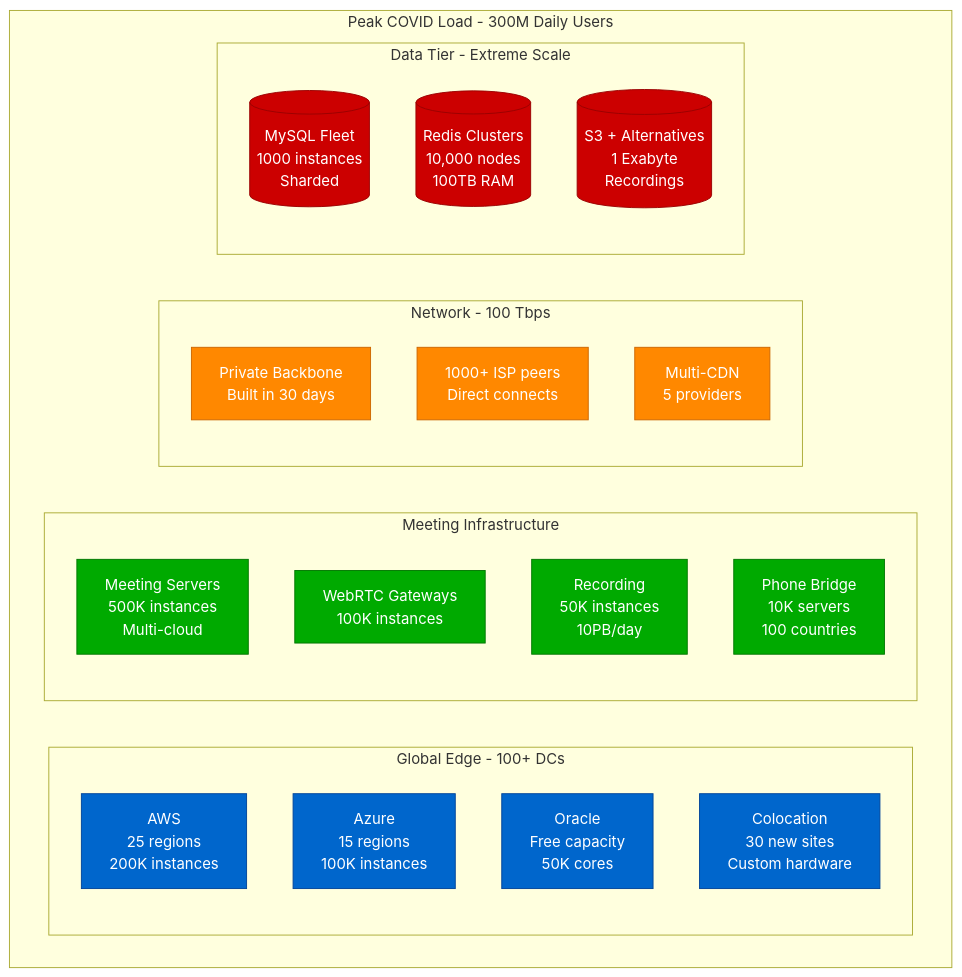
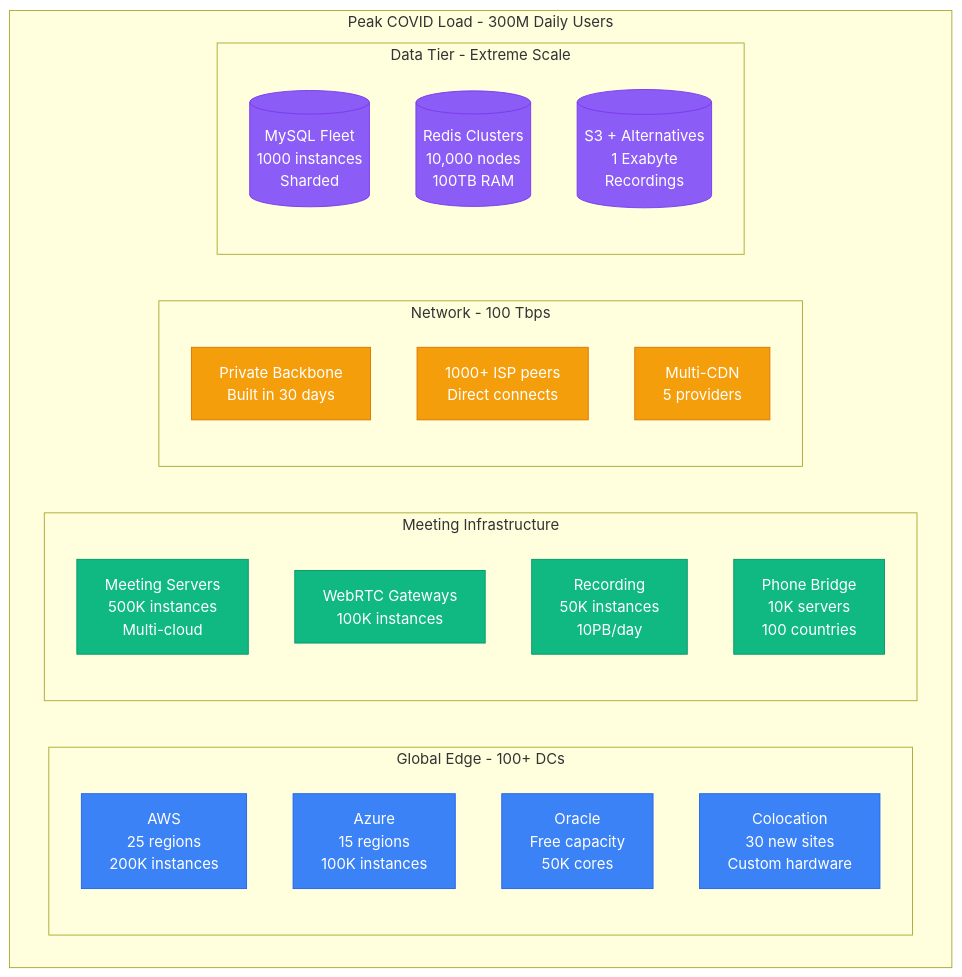
The fifth of 9 diagrams in site/docs/capacity/zoom-covid-explosion.md (deepaucksharma/DS), drawn with Mermaid before and after one commit. The commit also changed other lines of this file and 303 other files, not shown here.

````diff
--- a/site/docs/capacity/zoom-covid-explosion.md
+++ b/site/docs/capacity/zoom-covid-explosion.md
@@ -182,41 +182,41 @@
 ```mermaid
 graph TB
     subgraph PeakLoad[Peak COVID Load - 300M Daily Users]
         subgraph GlobalEdge[Global Edge - 100+ DCs]
             AWS_EDGE[AWS<br/>25 regions<br/>200K instances]
             AZURE_EDGE[Azure<br/>15 regions<br/>100K instances]
             ORACLE_EDGE[Oracle<br/>Free capacity<br/>50K cores]
             COLO_EDGE[Colocation<br/>30 new sites<br/>Custom hardware]
         end
 
         subgraph MeetingInfra[Meeting Infrastructure]
             MMR_FLEET[Meeting Servers<br/>500K instances<br/>Multi-cloud]
             WEBRTC_SCALE[WebRTC Gateways<br/>100K instances]
             RECORDING[Recording<br/>50K instances<br/>10PB/day]
             PHONE_BRIDGE[Phone Bridge<br/>10K servers<br/>100 countries]
         end
 
         subgraph NetworkScale[Network - 100 Tbps]
             BACKBONE[Private Backbone<br/>Built in 30 days]
             PEERING_MASS[1000+ ISP peers<br/>Direct connects]
             CDN_MULTI[Multi-CDN<br/>5 providers]
         end
 
         subgraph DataTier[Data Tier - Extreme Scale]
             MYSQL_FLEET[(MySQL Fleet<br/>1000 instances<br/>Sharded)]
             REDIS_FLEET[(Redis Clusters<br/>10,000 nodes<br/>100TB RAM)]
             S3_MASSIVE[(S3 + Alternatives<br/>1 Exabyte<br/>Recordings)]
         end
     end
 
     %% Apply colors
-    classDef edgeStyle fill:#0066CC,stroke:#004499,color:#fff
-    classDef meetingStyle fill:#00AA00,stroke:#007700,color:#fff
-    classDef networkStyle fill:#FF8800,stroke:#CC6600,color:#fff
-    classDef dataStyle fill:#CC0000,stroke:#990000,color:#fff
+    classDef edgeStyle fill:#3B82F6,stroke:#2563EB,color:#fff
+    classDef meetingStyle fill:#10B981,stroke:#059669,color:#fff
+    classDef networkStyle fill:#F59E0B,stroke:#D97706,color:#fff
+    classDef dataStyle fill:#8B5CF6,stroke:#7C3AED,color:#fff
 
     class AWS_EDGE,AZURE_EDGE,ORACLE_EDGE,COLO_EDGE edgeStyle
     class MMR_FLEET,WEBRTC_SCALE,RECORDING,PHONE_BRIDGE meetingStyle
     class BACKBONE,PEERING_MASS,CDN_MULTI networkStyle
     class MYSQL_FLEET,REDIS_FLEET,S3_MASSIVE dataStyle
 ```
````
